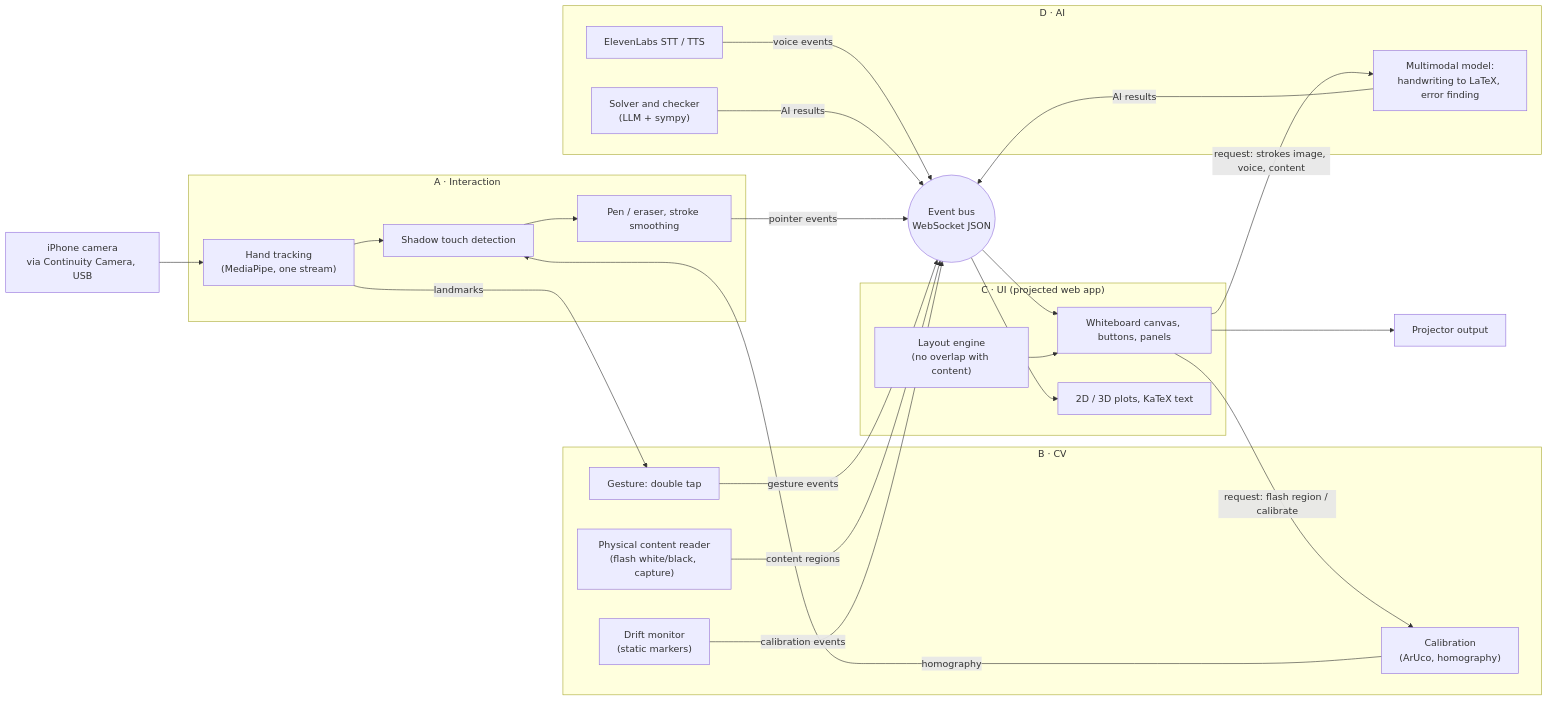
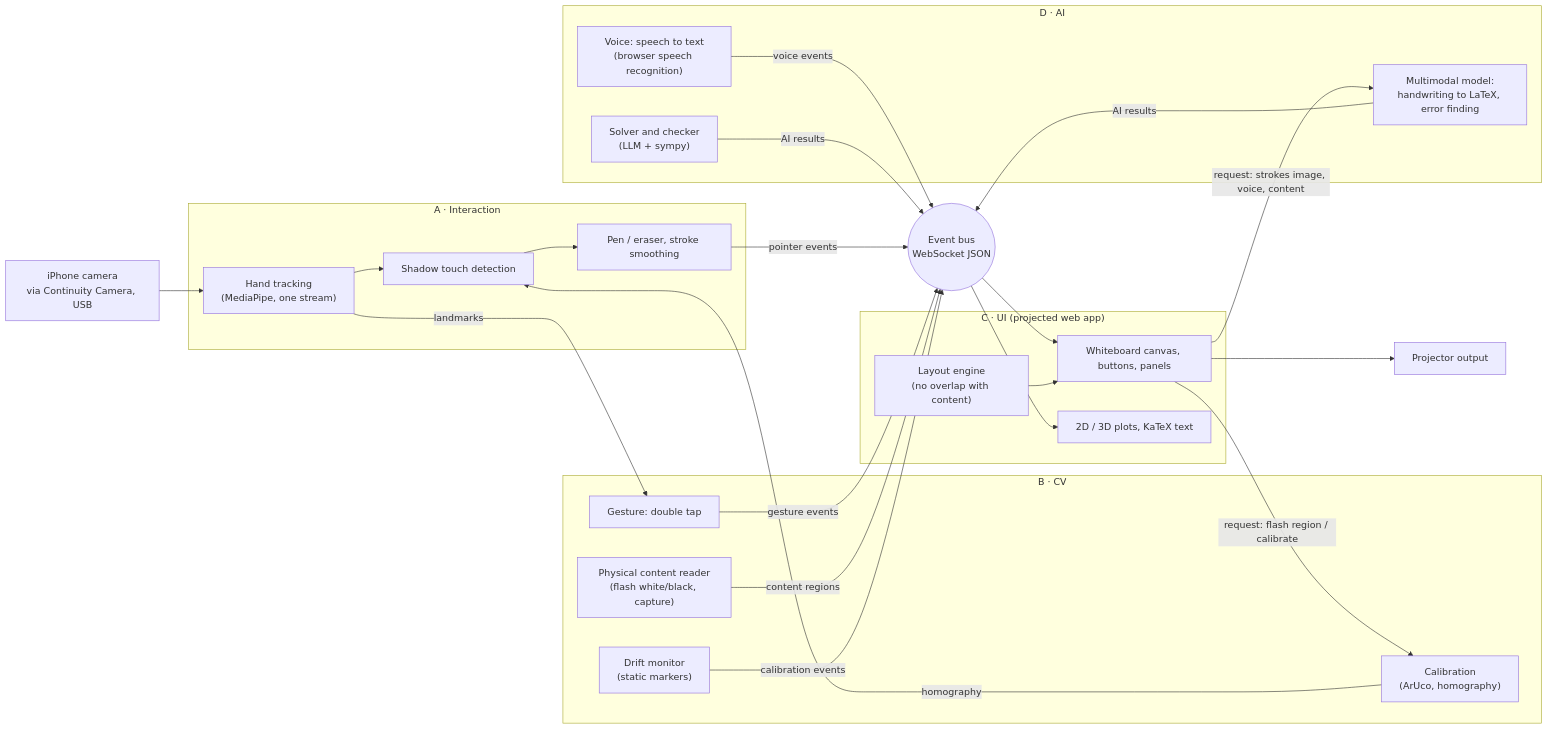
One commit to Yinghao-Guan/HackCC26 changed the diagram in docs/02-technical-design.md. Above: the diagram before and after it, drawn with Mermaid. The commit also changed other lines of this file and 15 other files, not shown here.

````diff
--- a/docs/02-technical-design.md
+++ b/docs/02-technical-design.md
@@ -15,44 +15,44 @@
 ```mermaid
 flowchart LR
   CAM["iPhone camera<br/>via Continuity Camera, USB"] --> A1
 
   subgraph A["A · Interaction"]
     A1["Hand tracking<br/>(MediaPipe, one stream)"] --> A2["Shadow touch detection"]
     A2 --> A3["Pen / eraser, stroke smoothing"]
   end
 
   subgraph B["B · CV"]
     B1["Calibration<br/>(ArUco, homography)"]
     B2["Gesture: double tap"]
     B3["Physical content reader<br/>(flash white/black, capture)"]
     B4["Drift monitor<br/>(static markers)"]
   end
 
   subgraph D["D · AI"]
-    D1["ElevenLabs STT / TTS"]
+    D1["Voice: speech to text<br/>(browser speech recognition)"]
     D2["Multimodal model:<br/>handwriting to LaTeX, error finding"]
     D3["Solver and checker<br/>(LLM + sympy)"]
   end
 
   subgraph C["C · UI (projected web app)"]
     C1["Whiteboard canvas, buttons, panels"]
     C2["2D / 3D plots, KaTeX text"]
     C3["Layout engine<br/>(no overlap with content)"]
   end
 
   A1 -- landmarks --> B2
   B1 -- homography --> A2
   A3 -- pointer events --> BUS(("Event bus<br/>WebSocket JSON"))
   B2 -- gesture events --> BUS
   B3 -- content regions --> BUS
   B4 -- calibration events --> BUS
   D1 -- voice events --> BUS
   D2 -- AI results --> BUS
   D3 -- AI results --> BUS
   BUS --> C1
   BUS --> C2
   C3 --> C1
   C1 -- "request: flash region / calibrate" --> B1
   C1 -- "request: strokes image, voice, content" --> D2
   C1 --> PROJ["Projector output"]
 ```
````
